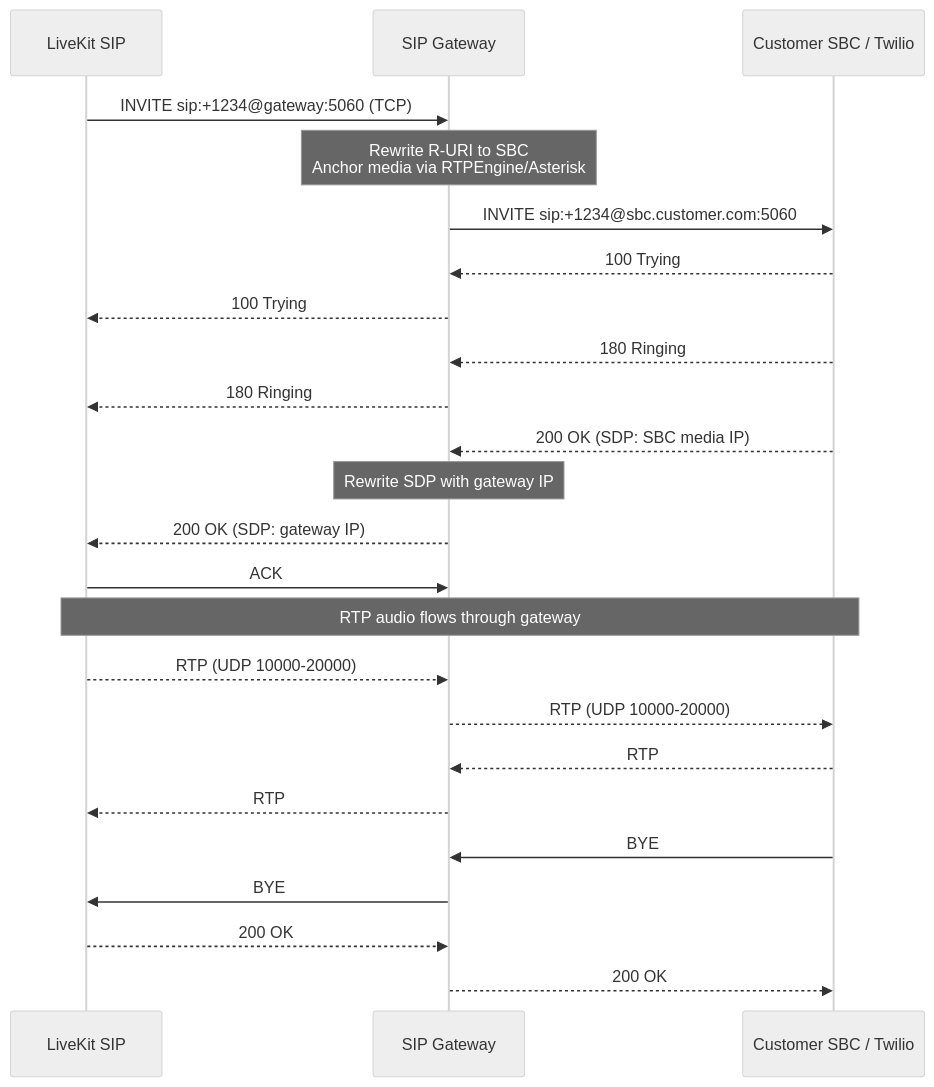
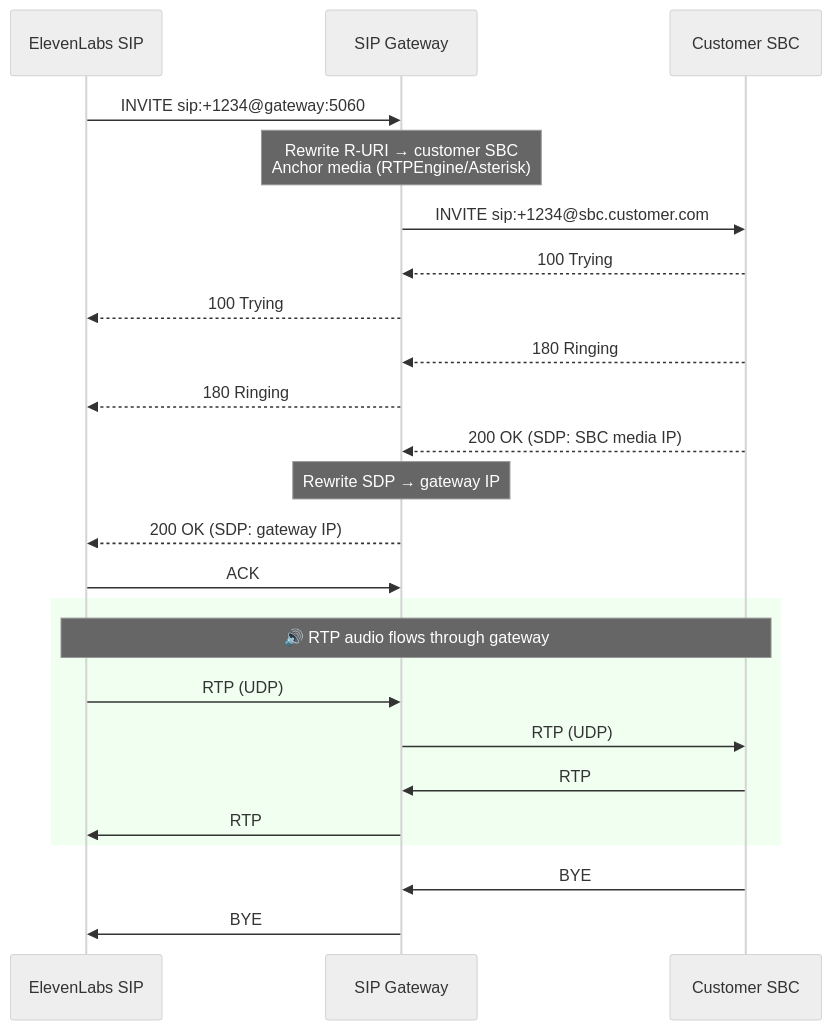
Before and after one commit to Jitendra2603/sip-gateway: the fourth of 4 diagrams in README.md, drawn with Mermaid (neutral theme). The commit also changed other lines of this file and 15 other files, not shown here.

First line of the commit message:
SIP gateway for ElevenLabs telephony

````diff
--- a/README.md
+++ b/README.md
@@ -64,29 +111,29 @@
 ```mermaid
 sequenceDiagram
-    participant LK as LiveKit SIP
+    participant EL as ElevenLabs SIP
     participant GW as SIP Gateway
-    participant SBC as Customer SBC / Twilio
+    participant SBC as Customer SBC
 
-    LK->>GW: INVITE sip:+1234@gateway:5060 (TCP)
-    Note over GW: Rewrite R-URI to SBC<br/>Anchor media via RTPEngine/Asterisk
-    GW->>SBC: INVITE sip:+1234@sbc.customer.com:5060
+    EL->>GW: INVITE sip:+1234@gateway:5060
+    Note over GW: Rewrite R-URI → customer SBC<br/>Anchor media (RTPEngine/Asterisk)
+    GW->>SBC: INVITE sip:+1234@sbc.customer.com
     SBC-->>GW: 100 Trying
-    GW-->>LK: 100 Trying
+    GW-->>EL: 100 Trying
     SBC-->>GW: 180 Ringing
-    GW-->>LK: 180 Ringing
+    GW-->>EL: 180 Ringing
     SBC-->>GW: 200 OK (SDP: SBC media IP)
-    Note over GW: Rewrite SDP with gateway IP
-    GW-->>LK: 200 OK (SDP: gateway IP)
-    LK->>GW: ACK
+    Note over GW: Rewrite SDP → gateway IP
+    GW-->>EL: 200 OK (SDP: gateway IP)
+    EL->>GW: ACK
 
-    Note over LK,SBC: RTP audio flows through gateway
-    LK-->>GW: RTP (UDP 10000-20000)
-    GW-->>SBC: RTP (UDP 10000-20000)
-    SBC-->>GW: RTP
-    GW-->>LK: RTP
+    rect rgb(240, 255, 240)
+        Note over EL,SBC: 🔊 RTP audio flows through gateway
+        EL->>GW: RTP (UDP)
+        GW->>SBC: RTP (UDP)
+        SBC->>GW: RTP
+        GW->>EL: RTP
+    end
 
     SBC->>GW: BYE
-    GW->>LK: BYE
-    LK-->>GW: 200 OK
-    GW-->>SBC: 200 OK
+    GW->>EL: BYE
 ```
````
